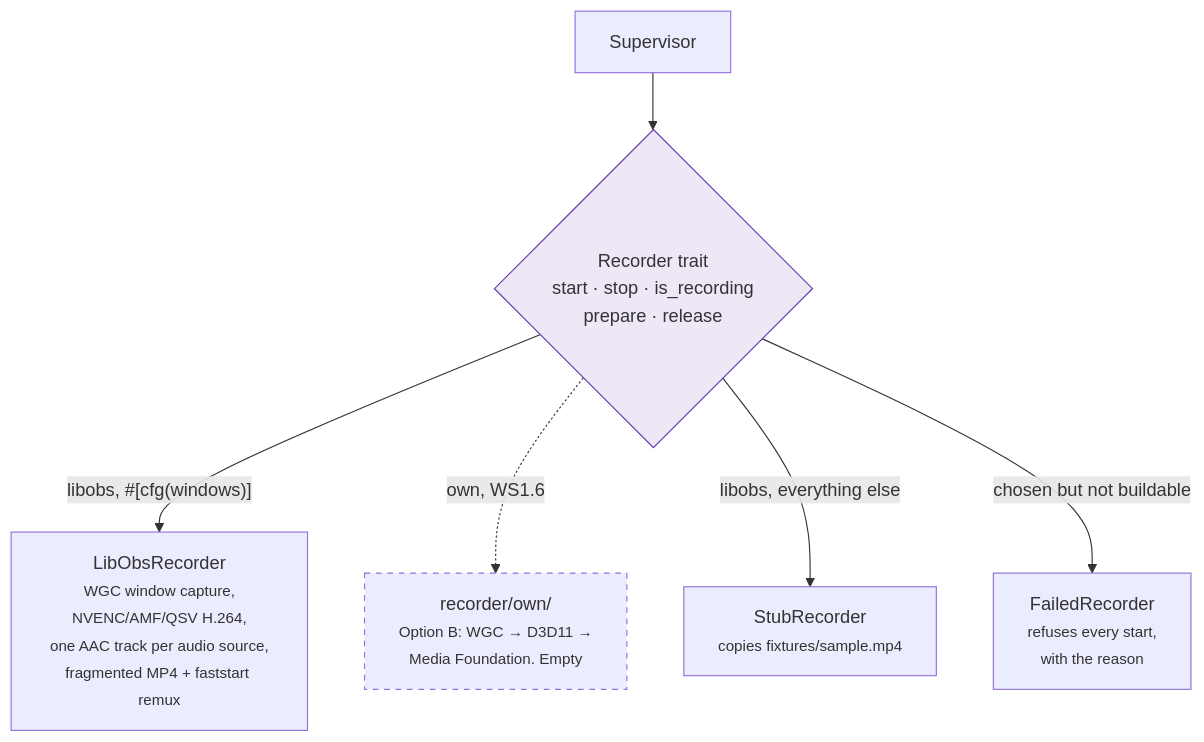
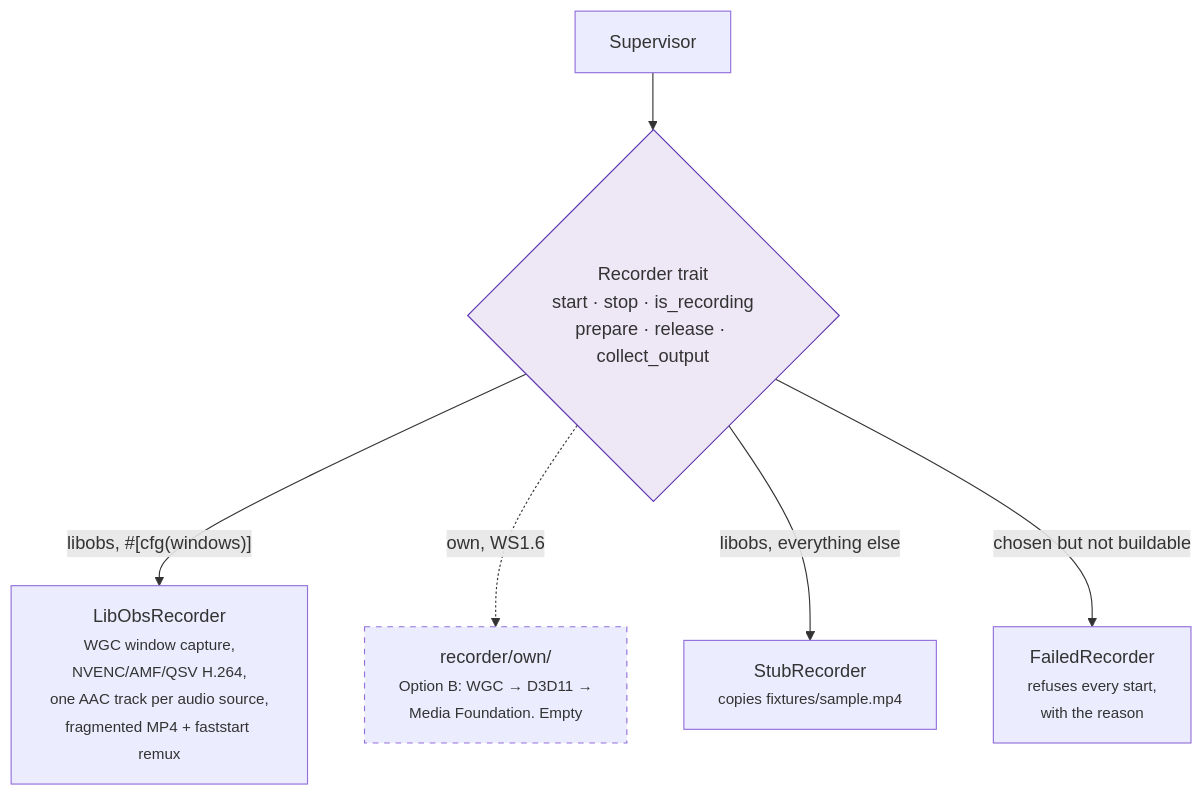
Before and after one commit to NinjaGoldfinch/ninja-recorder: the third of 6 diagrams in docs/architecture.md, drawn with Mermaid. The commit also changed other lines of this file and 12 other files, not shown here.

First line of the commit message:
fix(recorder): keep libobs's info and warning output (#221) (#230)

````diff
--- a/docs/architecture.md
+++ b/docs/architecture.md
@@ -143,10 +144,10 @@
 ```mermaid
 flowchart TB
-    SUP["Supervisor"] --> T{"Recorder trait<br/>start · stop · is_recording<br/>prepare · release"}
+    SUP["Supervisor"] --> T{"Recorder trait<br/>start · stop · is_recording<br/>prepare · release · collect_output"}
     T -->|"libobs, #[cfg(windows)]"| L["LibObsRecorder<br/><small>WGC window capture,<br/>NVENC/AMF/QSV H.264,<br/>one AAC track per audio source,<br/>fragmented MP4 + faststart remux</small>"]
     T -.->|"own, WS1.6"| O["recorder/own/<br/><small>Option B: WGC → D3D11 →<br/>Media Foundation. Empty</small>"]
     T -->|"libobs, everything else"| S["StubRecorder<br/><small>copies fixtures/sample.mp4</small>"]
     T -->|"chosen but not buildable"| F["FailedRecorder<br/><small>refuses every start,<br/>with the reason</small>"]
     style T fill:#ede7f6,stroke:#5e35b1
     style O stroke-dasharray: 5 5
 ```
````
